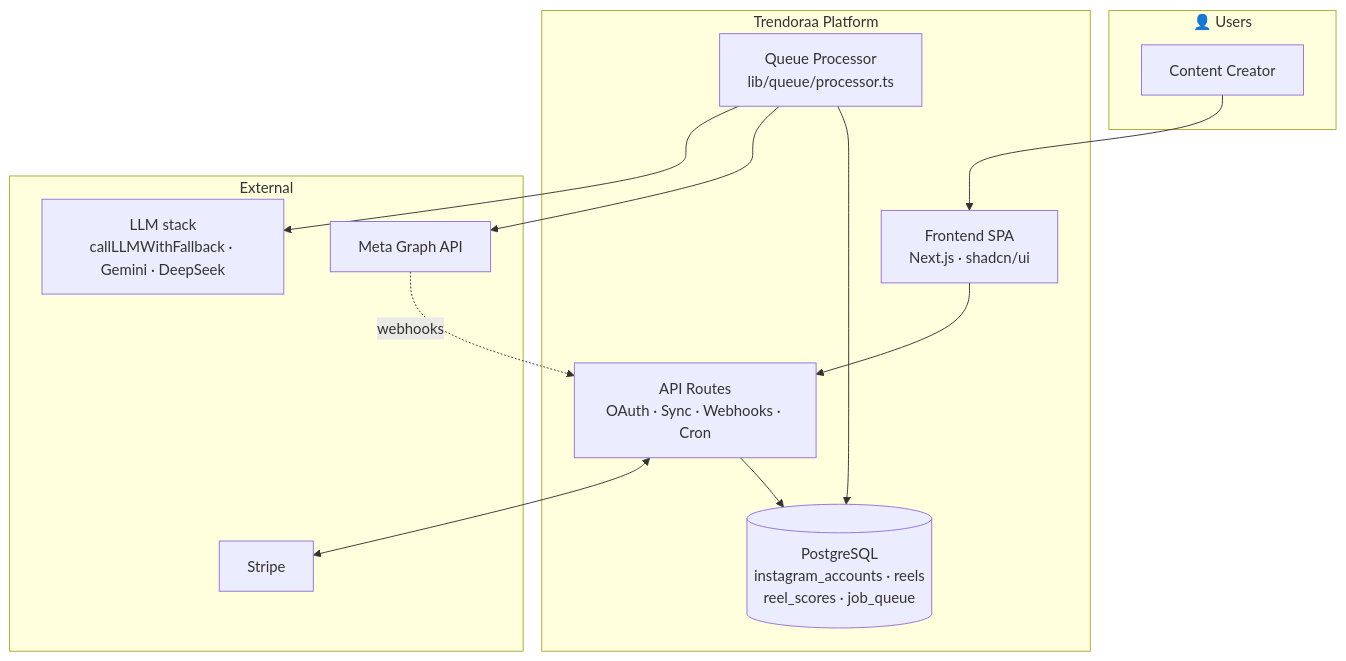
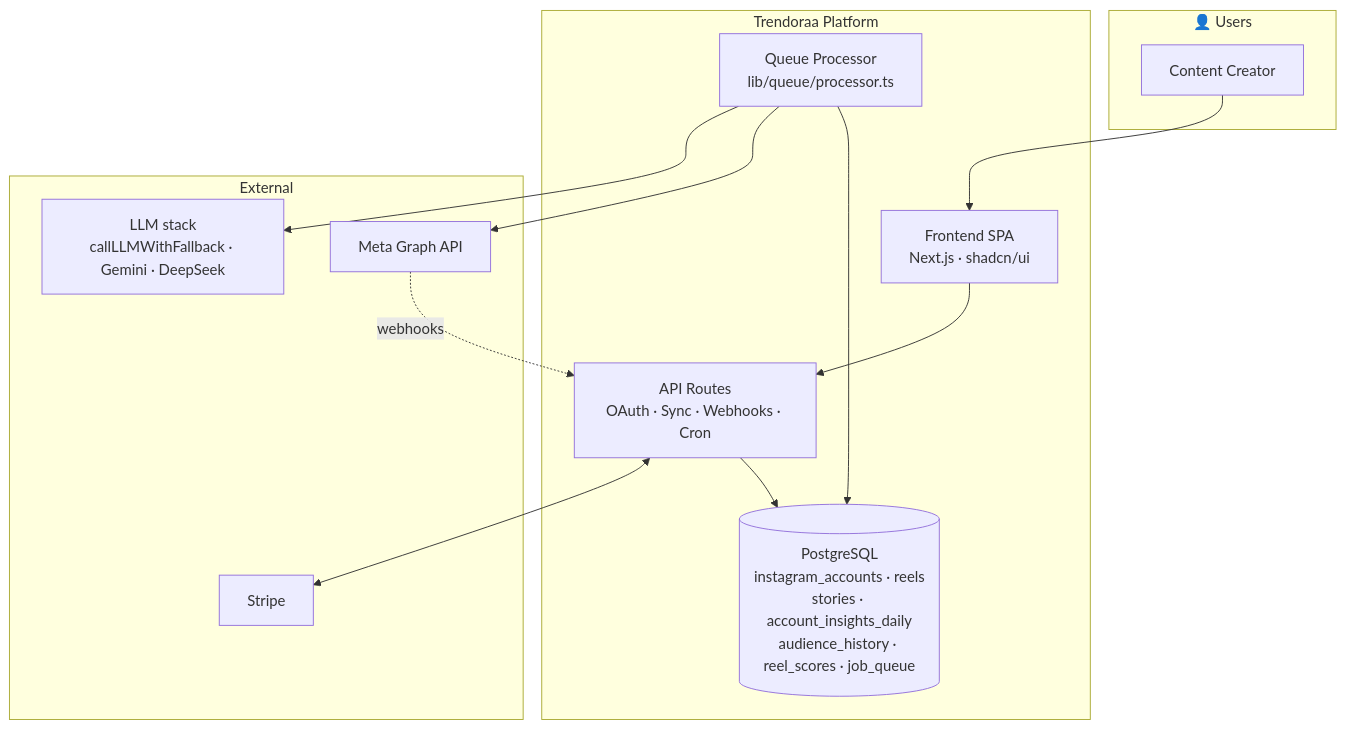
The first of 4 diagrams in docs/architecture-decision-record.md (Jainam2848/ReelMetrics), drawn with Mermaid before and after one commit. The commit also changed other lines of this file and 3 other files, not shown here.

````diff
--- a/docs/architecture-decision-record.md
+++ b/docs/architecture-decision-record.md
@@ -15,26 +15,26 @@
 ```mermaid
 flowchart TB
     subgraph People["👤 Users"]
         Creator["Content Creator"]
     end
 
     subgraph Trendoraa["Trendoraa Platform"]
         FE["Frontend SPA<br/>Next.js · shadcn/ui"]
         API["API Routes<br/>OAuth · Sync · Webhooks · Cron"]
         Worker["Queue Processor<br/>lib/queue/processor.ts"]
-        DB[("PostgreSQL<br/>instagram_accounts · reels<br/>reel_scores · job_queue")]
+        DB[("PostgreSQL<br/>instagram_accounts · reels<br/>stories · account_insights_daily<br/>audience_history · reel_scores · job_queue")]
     end
 
     subgraph External["External"]
         Meta["Meta Graph API"]
         LLM["LLM stack<br/>callLLMWithFallback · Gemini · DeepSeek"]
         Stripe["Stripe"]
     end
 
     Creator --> FE --> API --> DB
     Worker --> DB
     Worker --> Meta
     Worker --> LLM
     API <--> Stripe
     Meta -.->|webhooks| API
 ```
````
